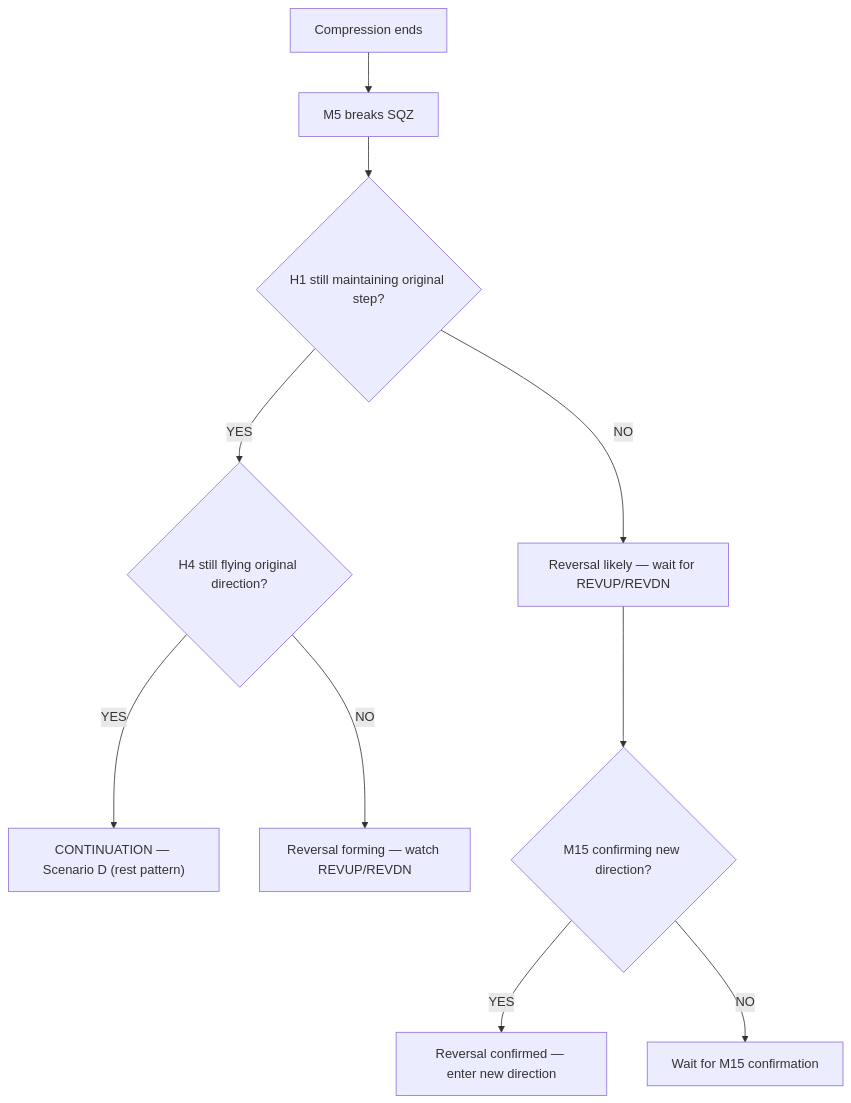
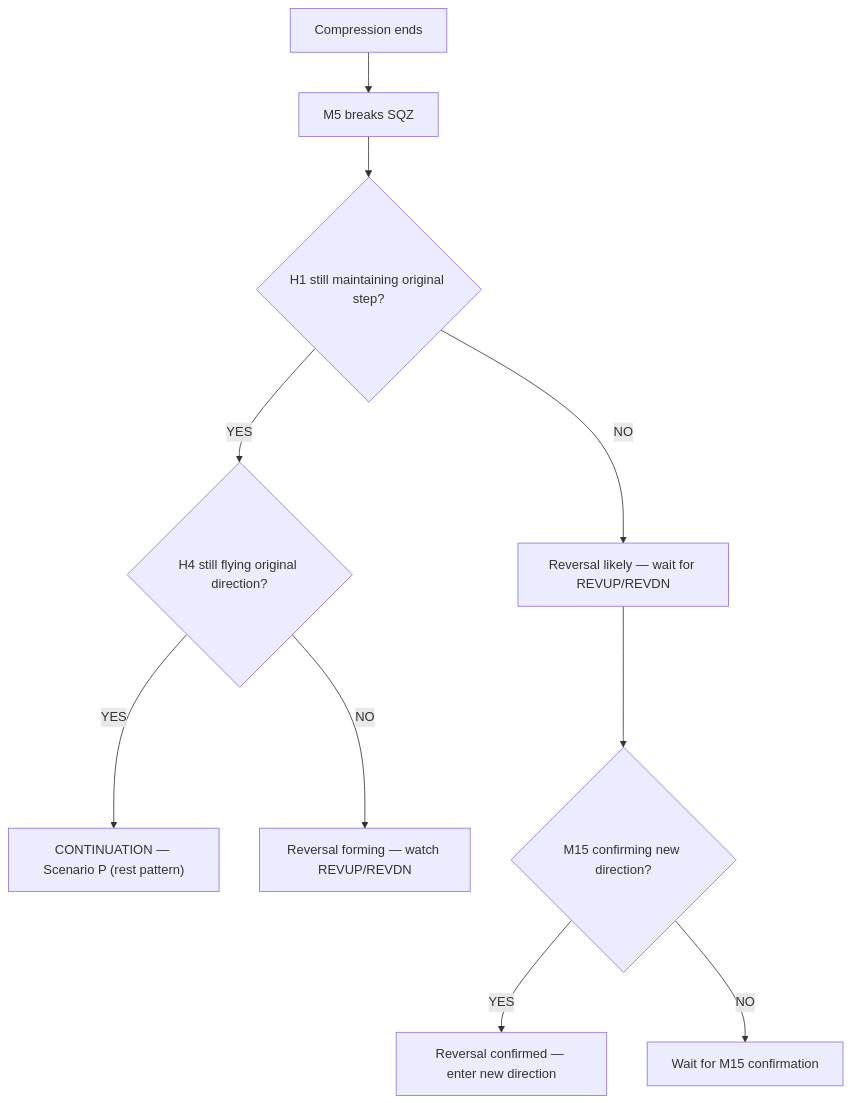
Before and after one commit to Terrypang89/BB_MTF_M15_STRATEGY: the second of 17 diagrams in references/backtest_chart_analysis.md, drawn with Mermaid. The commit also changed other lines of this file and 12 other files, not shown here.

````diff
--- a/references/backtest_chart_analysis.md
+++ b/references/backtest_chart_analysis.md
@@ -343,12 +343,12 @@
 ```mermaid
 flowchart TD
     A["Compression ends"] --> B["M5 breaks SQZ"]
     B --> C{"H1 still maintaining original step?"}
     C -->|YES| D{"H4 still flying original direction?"}
-    D -->|YES| E["CONTINUATION — Scenario D (rest pattern)"]
+    D -->|YES| E["CONTINUATION — Scenario P (rest pattern)"]
     D -->|NO| F["Reversal forming — watch REVUP/REVDN"]
     C -->|NO| G["Reversal likely — wait for REVUP/REVDN"]
     G --> H{"M15 confirming new direction?"}
     H -->|YES| I["Reversal confirmed — enter new direction"]
     H -->|NO| J["Wait for M15 confirmation"]
 ```
````
